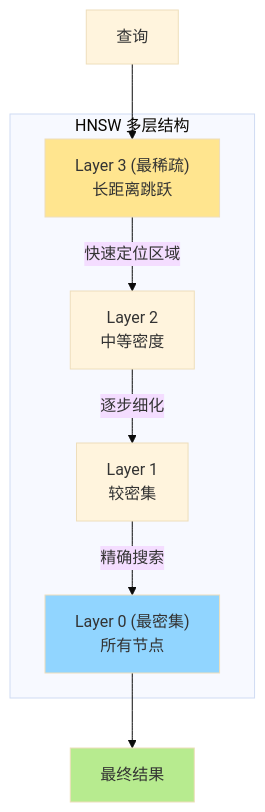
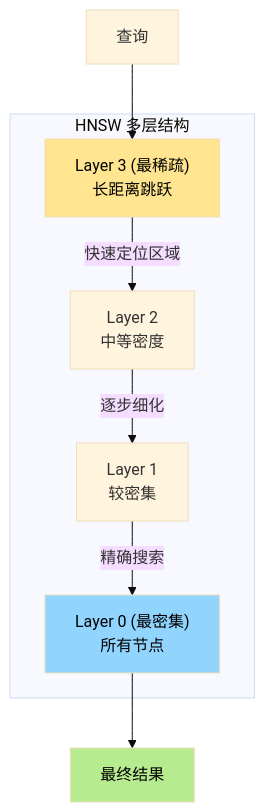
Before and after one commit to ThreeFish-AI/agentic-ai-cognizes: diagram 16 of 40 in docs/research/003-vector-search-algorithm.md, drawn with Mermaid (base theme). The commit also changed other lines of this file, not shown here.

First line of the commit message:
docs(Research): 优化 LSH 章节说明与图表样式;

````diff
--- a/docs/research/003-vector-search-algorithm.md
+++ b/docs/research/003-vector-search-algorithm.md
@@ -667,19 +681,19 @@
 ```mermaid
 graph TB
     subgraph "HNSW 多层结构"
         L3["Layer 3 (最稀疏)<br/>长距离跳跃"]
         L2["Layer 2<br/>中等密度"]
         L1["Layer 1<br/>较密集"]
         L0["Layer 0 (最密集)<br/>所有节点"]
     end
 
     Q[查询] --> L3
     L3 --> |"快速定位区域"| L2
     L2 --> |"逐步细化"| L1
     L1 --> |"精确搜索"| L0
     L0 --> R[最终结果]
 
-    style L3 fill:#ffe58f
-    style L0 fill:#91d5ff
-    style R fill:#b7eb8f
+    style L3 fill:#ffe58f,color:#000000
+    style L0 fill:#91d5ff,color:#000000
+    style R fill:#b7eb8f,color:#000000
 ```
````
